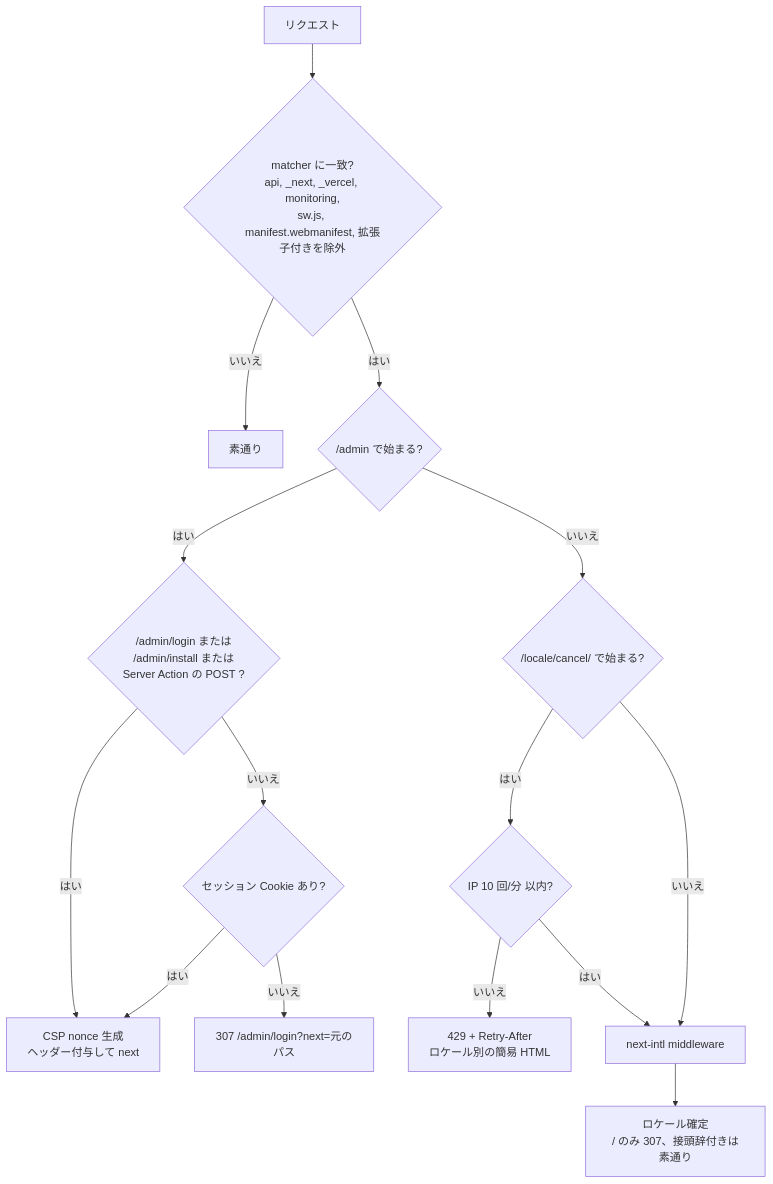
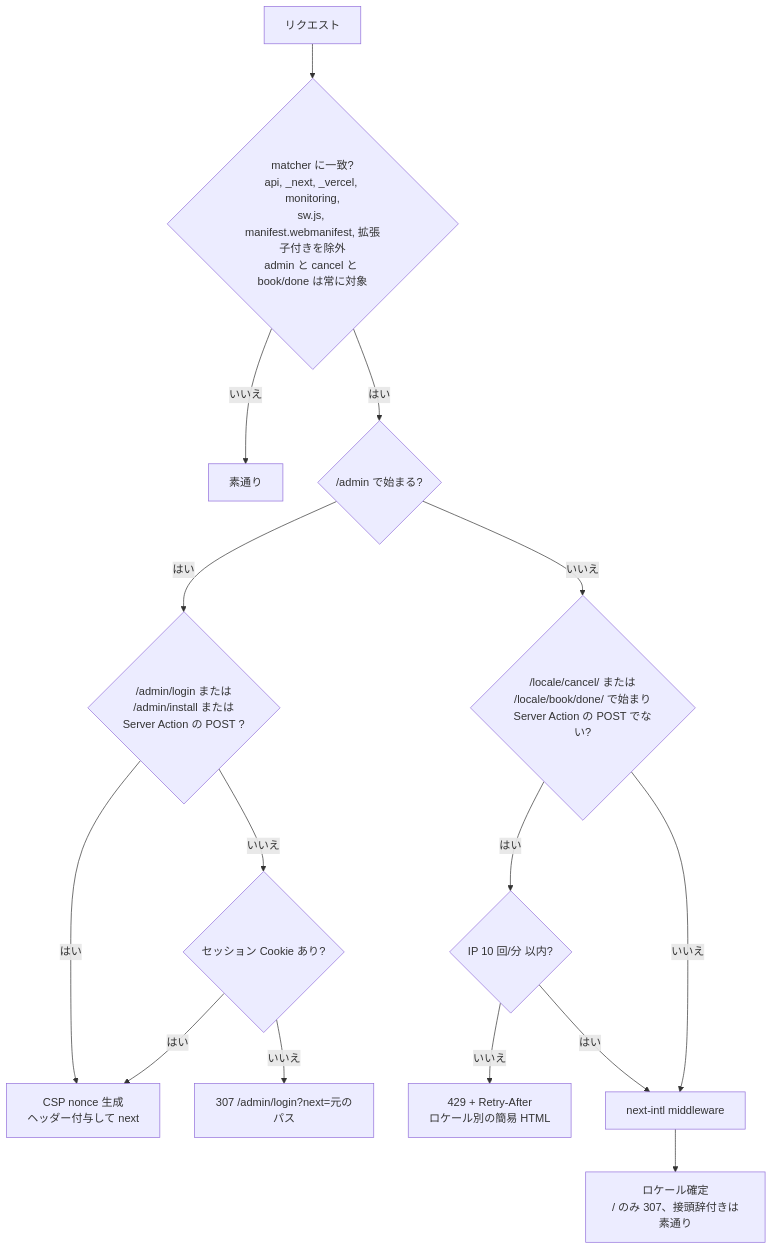
Before and after one commit to kaz-ma/barber-booking: the second of 2 diagrams in docs/03_design/01_sitemap.md, drawn with Mermaid. The commit also changed other lines of this file and 17 other files, not shown here.

````diff
--- a/docs/03_design/01_sitemap.md
+++ b/docs/03_design/01_sitemap.md
@@ -166,17 +166,17 @@
 ```mermaid
 flowchart TD
-  IN["リクエスト"] --> M{"matcher に一致?<br/>api, _next, _vercel, monitoring,<br/>sw.js, manifest.webmanifest, 拡張子付きを除外"}
+  IN["リクエスト"] --> M{"matcher に一致?<br/>api, _next, _vercel, monitoring,<br/>sw.js, manifest.webmanifest, 拡張子付きを除外<br/>admin と cancel と book/done は常に対象"}
   M -- "いいえ" --> PASS["素通り"]
   M -- "はい" --> AD{"/admin で始まる?"}
   AD -- "はい" --> PUBADM{"/admin/login または<br/>/admin/install または<br/>Server Action の POST ?"}
   PUBADM -- "はい" --> NONCE["CSP nonce 生成<br/>ヘッダー付与して next"]
   PUBADM -- "いいえ" --> CK{"セッション Cookie あり?"}
   CK -- "いいえ" --> RL["307 /admin/login?next=元のパス"]
   CK -- "はい" --> NONCE
-  AD -- "いいえ" --> CX{"/locale/cancel/ で始まる?"}
+  AD -- "いいえ" --> CX{"/locale/cancel/ または<br/>/locale/book/done/ で始まり<br/>Server Action の POST でない?"}
   CX -- "はい" --> RATE{"IP 10 回/分 以内?"}
   RATE -- "いいえ" --> R429["429 + Retry-After<br/>ロケール別の簡易 HTML"]
   RATE -- "はい" --> INTL["next-intl middleware"]
   CX -- "いいえ" --> INTL
   INTL --> OUT["ロケール確定<br/>/ のみ 307、接頭辞付きは素通り"]
 ```
````
